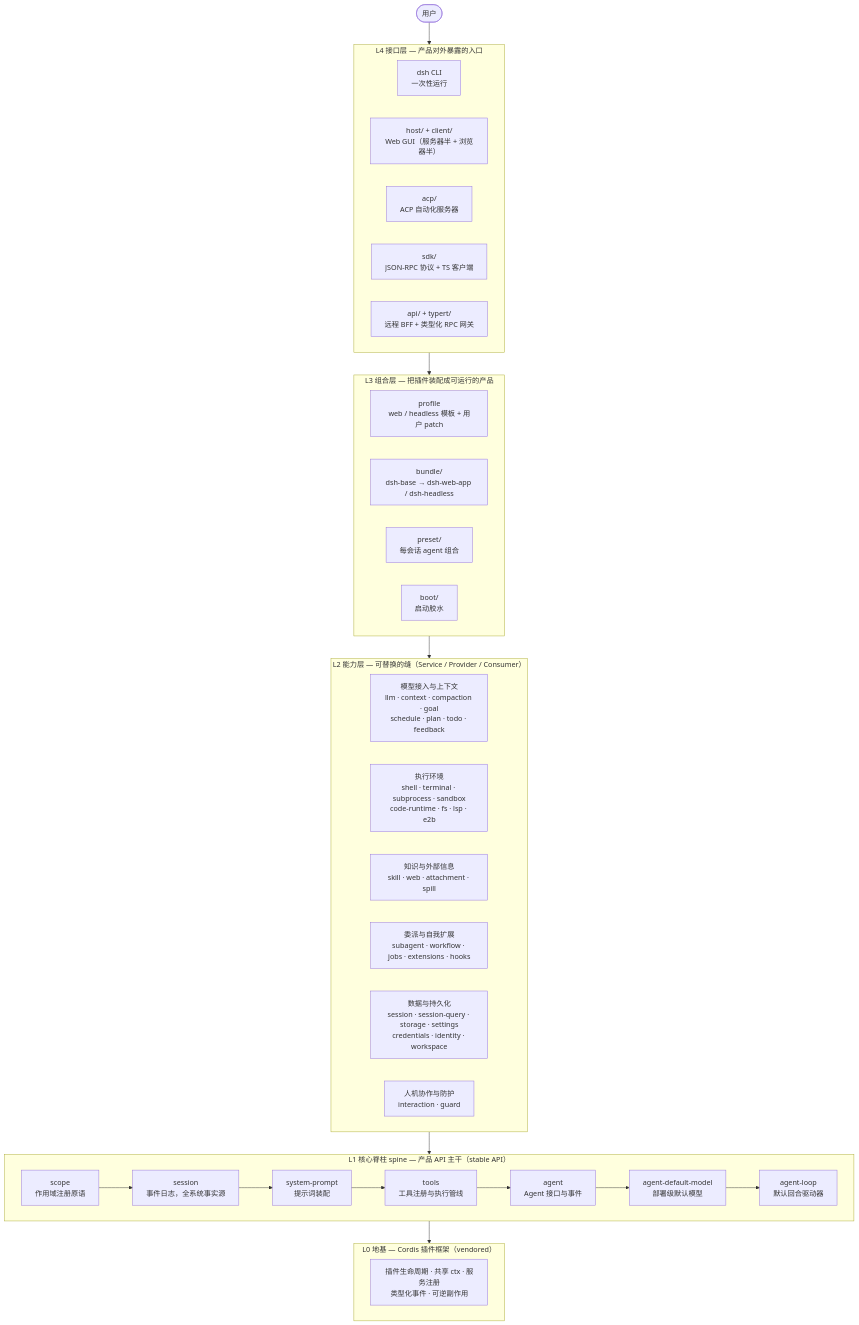
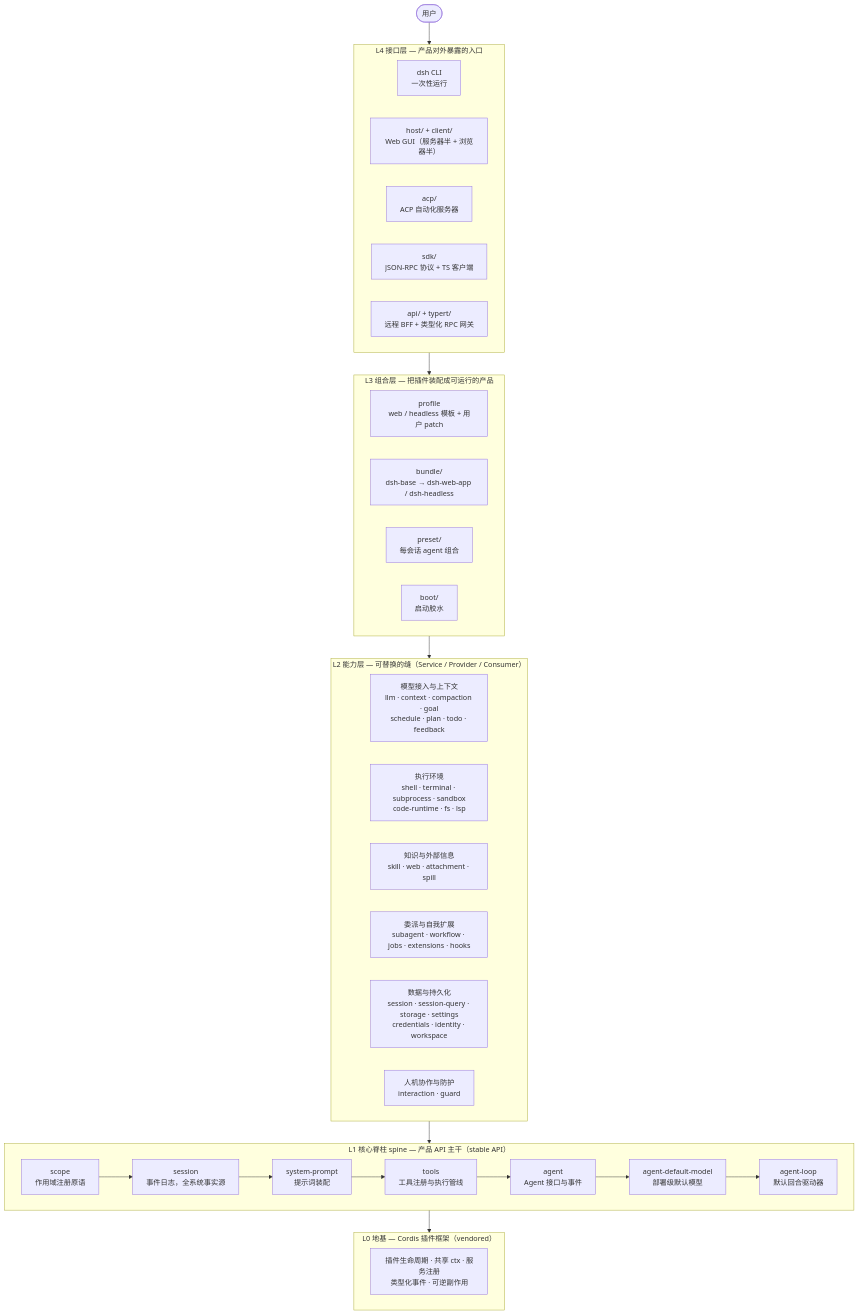
The diagram in learning/learning-path.zh.md (ypzyfl/deepseek-harness), drawn with Mermaid before and after one commit. The commit also changed other lines of this file and 24 other files, not shown here.

````diff
--- a/learning/learning-path.zh.md
+++ b/learning/learning-path.zh.md
@@ -43,51 +43,51 @@
 ```mermaid
 flowchart TB
     User(["用户"])
 
     subgraph L4["L4 接口层 — 产品对外暴露的入口"]
         direction LR
         CLI["dsh CLI<br/>一次性运行"]
         WebGUI["host/ + client/<br/>Web GUI（服务器半 + 浏览器半）"]
         ACP["acp/<br/>ACP 自动化服务器"]
         RPC["sdk/<br/>JSON-RPC 协议 + TS 客户端"]
         BFF["api/ + typert/<br/>远程 BFF + 类型化 RPC 网关"]
     end
 
     subgraph L3["L3 组合层 — 把插件装配成可运行的产品"]
         direction LR
         profile["profile<br/>web / headless 模板 + 用户 patch"]
         bundles["bundle/<br/>dsh-base → dsh-web-app / dsh-headless"]
         preset["preset/<br/>每会话 agent 组合"]
         boot["boot/<br/>启动胶水"]
     end
 
     subgraph L2["L2 能力层 — 可替换的缝（Service / Provider / Consumer）"]
         direction LR
         C1["模型接入与上下文<br/>llm · context · compaction · goal<br/>schedule · plan · todo · feedback"]
-        C2["执行环境<br/>shell · terminal · subprocess · sandbox<br/>code-runtime · fs · lsp · e2b"]
+        C2["执行环境<br/>shell · terminal · subprocess · sandbox<br/>code-runtime · fs · lsp"]
         C3["知识与外部信息<br/>skill · web · attachment · spill"]
         C4["委派与自我扩展<br/>subagent · workflow · jobs · extensions · hooks"]
         C5["数据与持久化<br/>session · session-query · storage · settings<br/>credentials · identity · workspace"]
         C6["人机协作与防护<br/>interaction · guard"]
     end
 
     subgraph L1["L1 核心脊柱 spine — 产品 API 主干（stable API）"]
         direction LR
         scope["scope<br/>作用域注册原语"] --> sess["session<br/>事件日志，全系统事实源"]
         sess --> sp["system-prompt<br/>提示词装配"]
         sp --> tlz["tools<br/>工具注册与执行管线"]
         tlz --> agt["agent<br/>Agent 接口与事件"]
         agt --> adm["agent-default-model<br/>部署级默认模型"]
         adm --> loop["agent-loop<br/>默认回合驱动器"]
     end
 
     subgraph L0["L0 地基 — Cordis 插件框架（vendored）"]
         cordis["插件生命周期 · 共享 ctx · 服务注册<br/>类型化事件 · 可逆副作用"]
     end
 
     User --> L4
     L4 --> L3
     L3 --> L2
     L2 --> L1
     L1 --> L0
 ```
````
